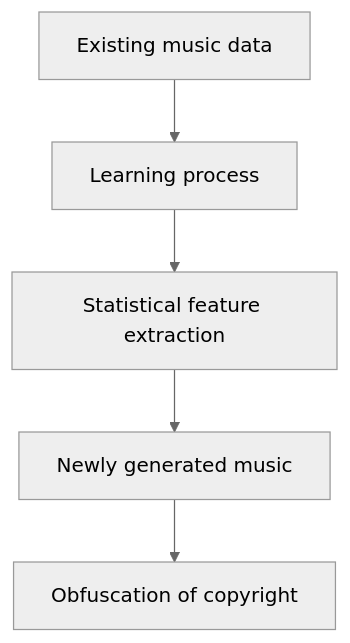
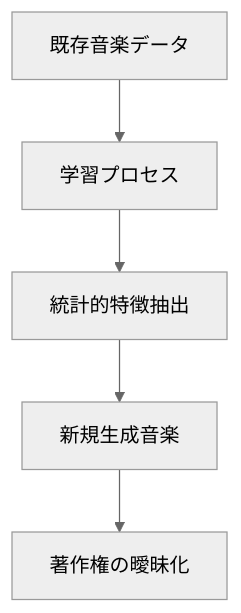
One commit to monumental-movement/monumental-movement.github.io changed the second of 4 diagrams in en/_posts/2026-06-27-column-ai-music-future.md. Above: the diagram before and after it, drawn with Mermaid (neutral theme). The commit also changed other lines of this file and 2196 other files, not shown here.

```diff
--- a/en/_posts/2026-06-27-column-ai-music-future.md
+++ b/en/_posts/2026-06-27-column-ai-music-future.md
@@ -121,7 +121,7 @@
 <div class="mermaid">
 flowchart TD
-A["Existing music data"] --> B["Learning process"]
-B --> C["Statistical feature extraction"]
-C --> D["Newly generated music"]
-D --> E["Obfuscation of copyright"]
+A["既存音楽データ"] --> B["学習プロセス"]
+B --> C["統計的特徴抽出"]
+C --> D["新規生成音楽"]
+D --> E["著作権の曖昧化"]
 </div>
```
